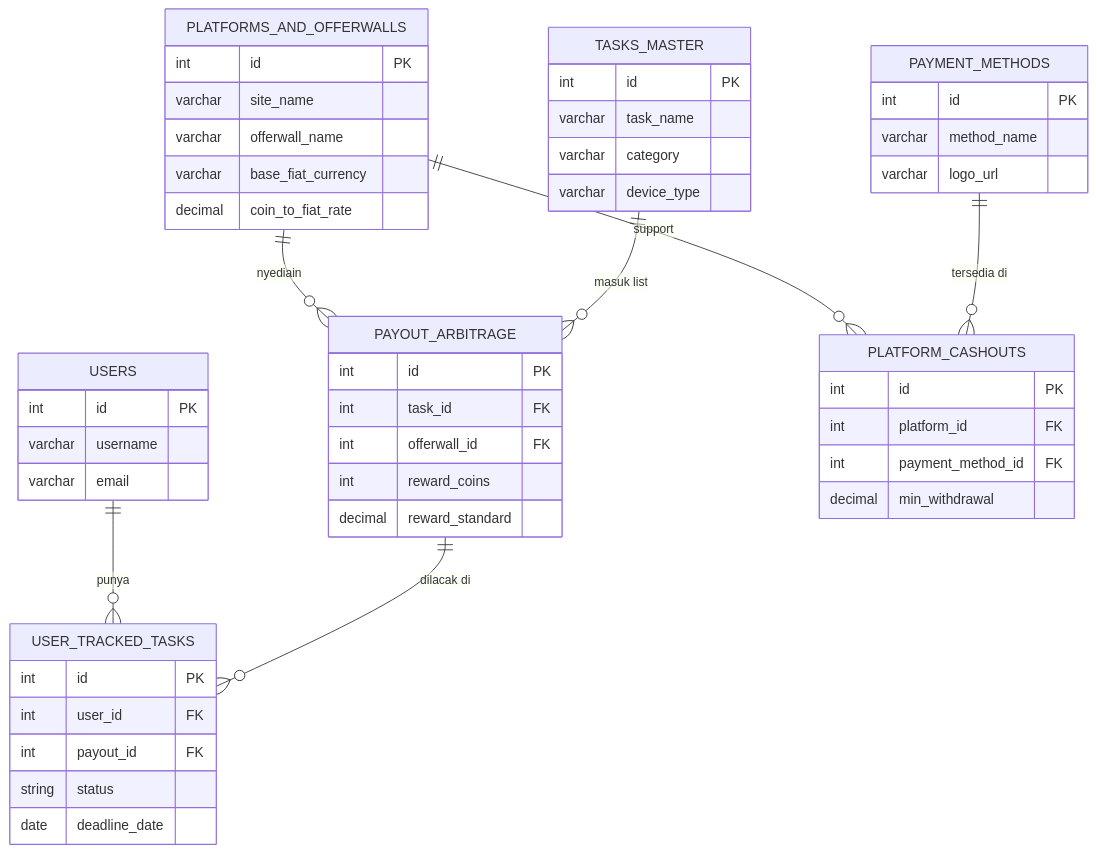
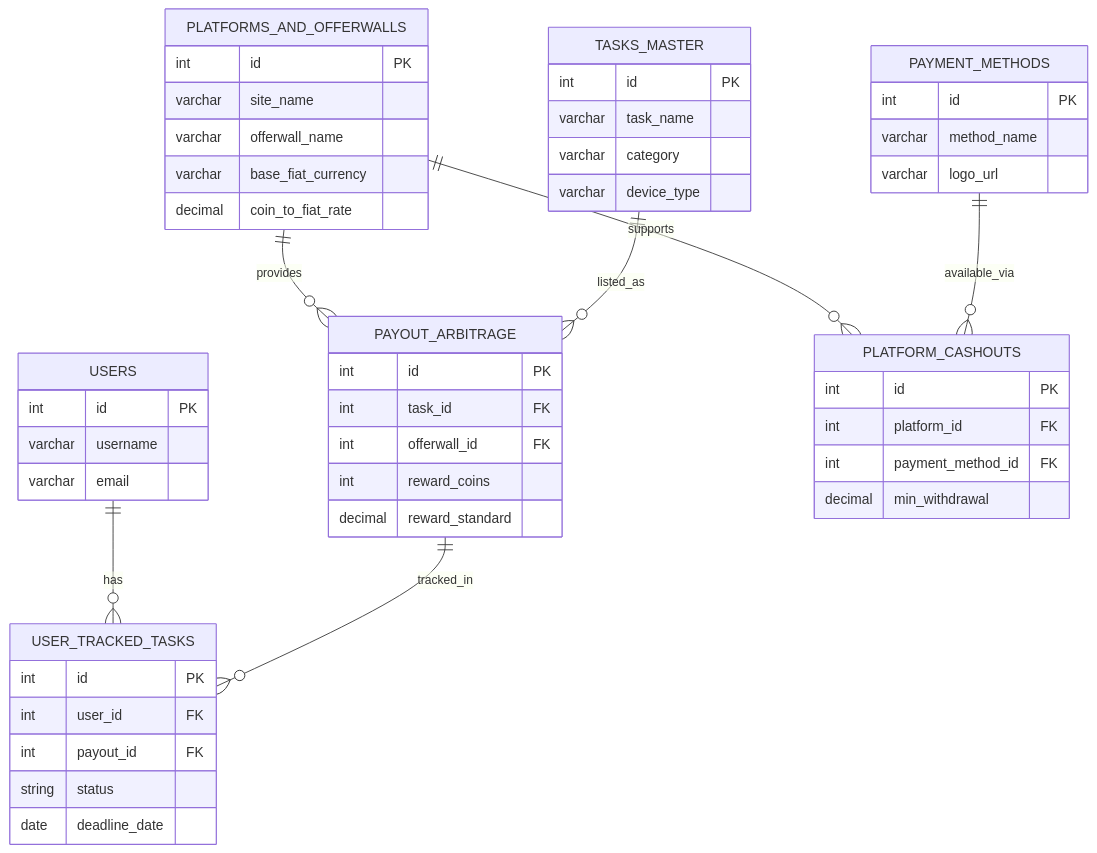
The diagram in DATABASE_SCHEMA.md (Vinggs/arbitask), drawn with Mermaid before and after one commit. The commit also changed other lines of this file, not shown here.

Commit message:
docs: add initial database architecture and ERD

````diff
--- a/DATABASE_SCHEMA.md
+++ b/DATABASE_SCHEMA.md
@@ -98,63 +96,63 @@
 ```mermaid
 erDiagram
-    USERS ||--o{ USER_TRACKED_TASKS : "punya"
+    USERS ||--o{ USER_TRACKED_TASKS : "has"
 
-    PLATFORMS_AND_OFFERWALLS ||--o{ PAYOUT_ARBITRAGE : "nyediain"
-    PLATFORMS_AND_OFFERWALLS ||--o{ PLATFORM_CASHOUTS : "support"
+    PLATFORMS_AND_OFFERWALLS ||--o{ PAYOUT_ARBITRAGE : "provides"
+    PLATFORMS_AND_OFFERWALLS ||--o{ PLATFORM_CASHOUTS : "supports"
 
-    PAYMENT_METHODS ||--o{ PLATFORM_CASHOUTS : "tersedia di"
+    PAYMENT_METHODS ||--o{ PLATFORM_CASHOUTS : "available_via"
 
-    TASKS_MASTER ||--o{ PAYOUT_ARBITRAGE : "masuk list"
+    TASKS_MASTER ||--o{ PAYOUT_ARBITRAGE : "listed_as"
 
-    PAYOUT_ARBITRAGE ||--o{ USER_TRACKED_TASKS : "dilacak di"
+    PAYOUT_ARBITRAGE ||--o{ USER_TRACKED_TASKS : "tracked_in"
 
     USERS {
         int id PK
         varchar username
         varchar email
     }
 
     PLATFORMS_AND_OFFERWALLS {
         int id PK
         varchar site_name
         varchar offerwall_name
         varchar base_fiat_currency
         decimal coin_to_fiat_rate
     }
 
     PAYMENT_METHODS {
         int id PK
         varchar method_name
         varchar logo_url
     }
 
     PLATFORM_CASHOUTS {
         int id PK
         int platform_id FK
         int payment_method_id FK
         decimal min_withdrawal
     }
 
     TASKS_MASTER {
         int id PK
         varchar task_name
         varchar category
         varchar device_type
     }
 
     PAYOUT_ARBITRAGE {
         int id PK
         int task_id FK
         int offerwall_id FK
         int reward_coins
         decimal reward_standard
     }
 
     USER_TRACKED_TASKS {
         int id PK
         int user_id FK
         int payout_id FK
         string status
         date deadline_date
     }
 ```
````
